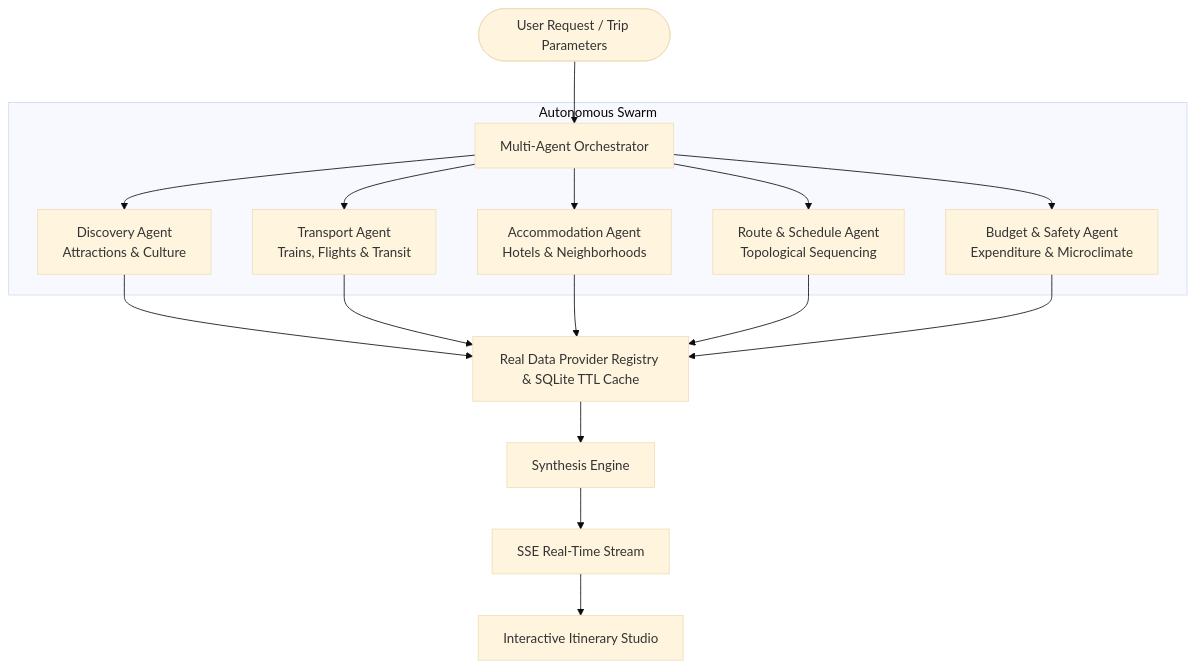
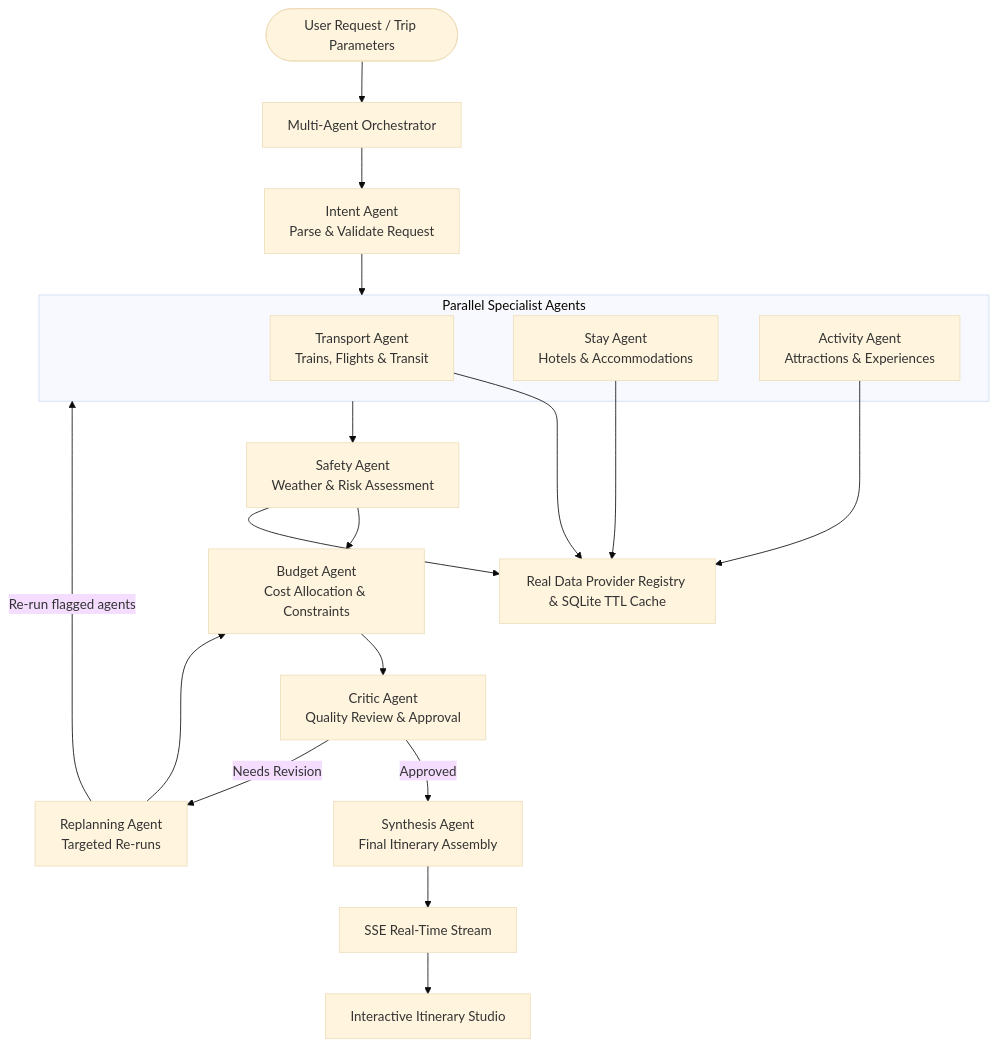
One commit to BrownPanther/AtlasAI changed the diagram in README.md. Above: the diagram before and after it, drawn with Mermaid (base theme). The commit also changed other lines of this file, not shown here.

Commit message:
docs: fix agent count, flowchart and pipeline description to match actual code

````diff
--- a/README.md
+++ b/README.md
@@ -35,22 +35,31 @@
 ```mermaid
 flowchart TD
     User([User Request / Trip Parameters]) --> Orchestrator[Multi-Agent Orchestrator]
 
-    subgraph Autonomous Swarm
-        Orchestrator --> Agent1[Discovery Agent<br/>Attractions & Culture]
-        Orchestrator --> Agent2[Transport Agent<br/>Trains, Flights & Transit]
-        Orchestrator --> Agent3[Accommodation Agent<br/>Hotels & Neighborhoods]
-        Orchestrator --> Agent4[Route & Schedule Agent<br/>Topological Sequencing]
-        Orchestrator --> Agent5[Budget & Safety Agent<br/>Expenditure & Microclimate]
+    Orchestrator --> Intent[Intent Agent<br/>Parse & Validate Request]
+
+    Intent --> Parallel
+
+    subgraph Parallel["Parallel Specialist Agents"]
+        Transport[Transport Agent<br/>Trains, Flights & Transit]
+        Stay[Stay Agent<br/>Hotels & Accommodations]
+        Activity[Activity Agent<br/>Attractions & Experiences]
     end
 
-    Agent1 --> ProviderHub[Real Data Provider Registry & SQLite TTL Cache]
-    Agent2 --> ProviderHub
-    Agent3 --> ProviderHub
-    Agent4 --> ProviderHub
-    Agent5 --> ProviderHub
+    Parallel --> Safety[Safety Agent<br/>Weather & Risk Assessment]
+    Safety --> Budget[Budget Agent<br/>Cost Allocation & Constraints]
+    Budget --> Critic[Critic Agent<br/>Quality Review & Approval]
 
-    ProviderHub --> Synthesis[Synthesis Engine]
+    Critic -->|Approved| Synthesis[Synthesis Agent<br/>Final Itinerary Assembly]
+    Critic -->|Needs Revision| Replanning[Replanning Agent<br/>Targeted Re-runs]
+    Replanning -->|Re-run flagged agents| Parallel
+    Replanning --> Budget
+
+    Transport --> ProviderHub[Real Data Provider Registry & SQLite TTL Cache]
+    Stay --> ProviderHub
+    Activity --> ProviderHub
+    Safety --> ProviderHub
+
     Synthesis --> Stream[SSE Real-Time Stream]
     Stream --> Client[Interactive Itinerary Studio]
 ```
````
